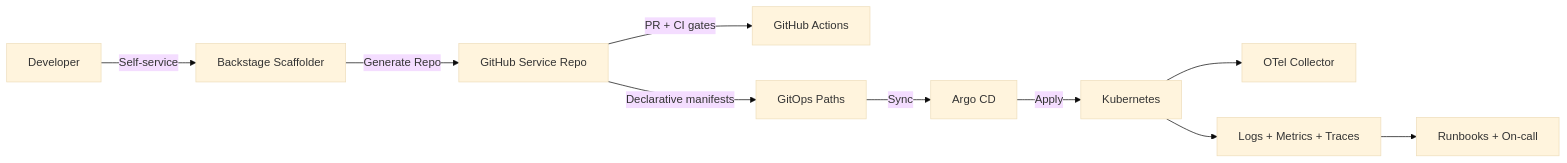
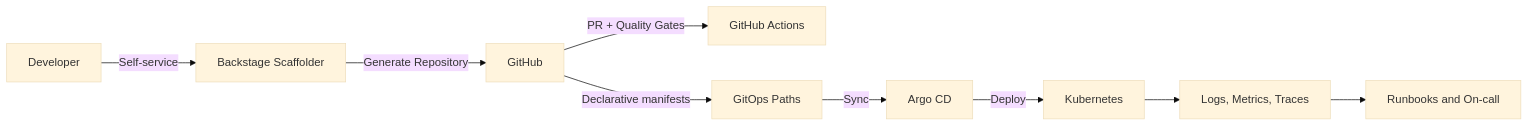
The diagram in README.md (saviocodess/goldenpath-idp), drawn with Mermaid (base theme) before and after one commit. The commit also changed other lines of this file and 1 other file, not shown here.

````diff
--- a/README.md
+++ b/README.md
@@ -49,12 +28,11 @@
 ```mermaid
 flowchart LR
-  Dev[Developer] -->|Self-service| BS[Backstage Scaffolder]
-  BS -->|Generate Repo| GH[GitHub Service Repo]
-  GH -->|PR + CI gates| GHA[GitHub Actions]
-  GH -->|Declarative manifests| GOPS[GitOps Paths]
-  GOPS -->|Sync| ARGO[Argo CD]
-  ARGO -->|Apply| K8S[Kubernetes]
-  K8S --> OTEL[OTel Collector]
-  K8S --> OBS[Logs + Metrics + Traces]
-  OBS --> ONCALL[Runbooks + On-call]
+  DEV[Developer] -->|Self-service| BS[Backstage Scaffolder]
+  BS -->|Generate Repository| GH[GitHub]
+  GH -->|PR + Quality Gates| CI[GitHub Actions]
+  GH -->|Declarative manifests| GITOPS[GitOps Paths]
+  GITOPS -->|Sync| ARGO[Argo CD]
+  ARGO -->|Deploy| K8S[Kubernetes]
+  K8S --> OBS[Logs, Metrics, Traces]
+  OBS --> OPS[Runbooks and On-call]
 ```
````
